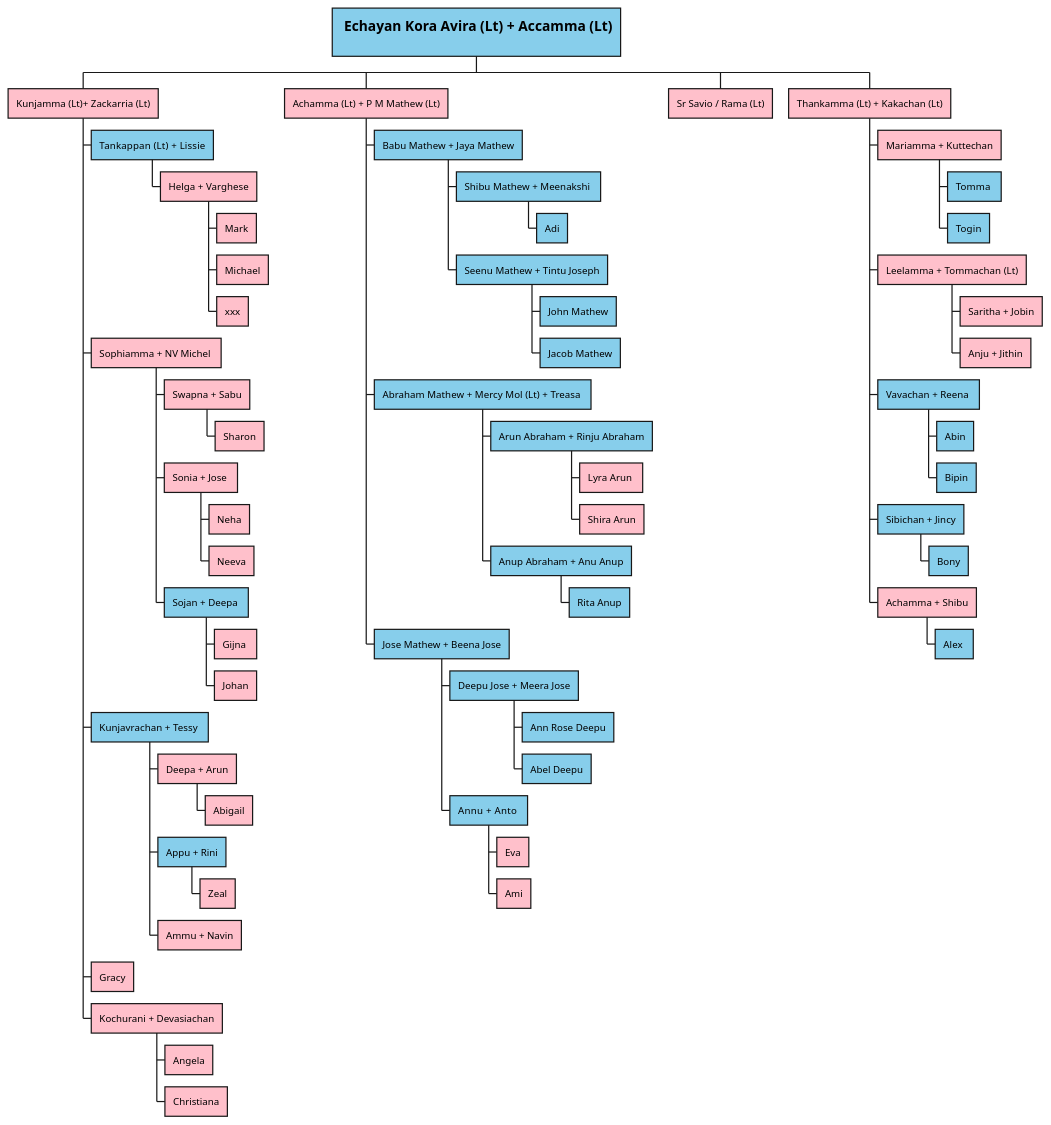
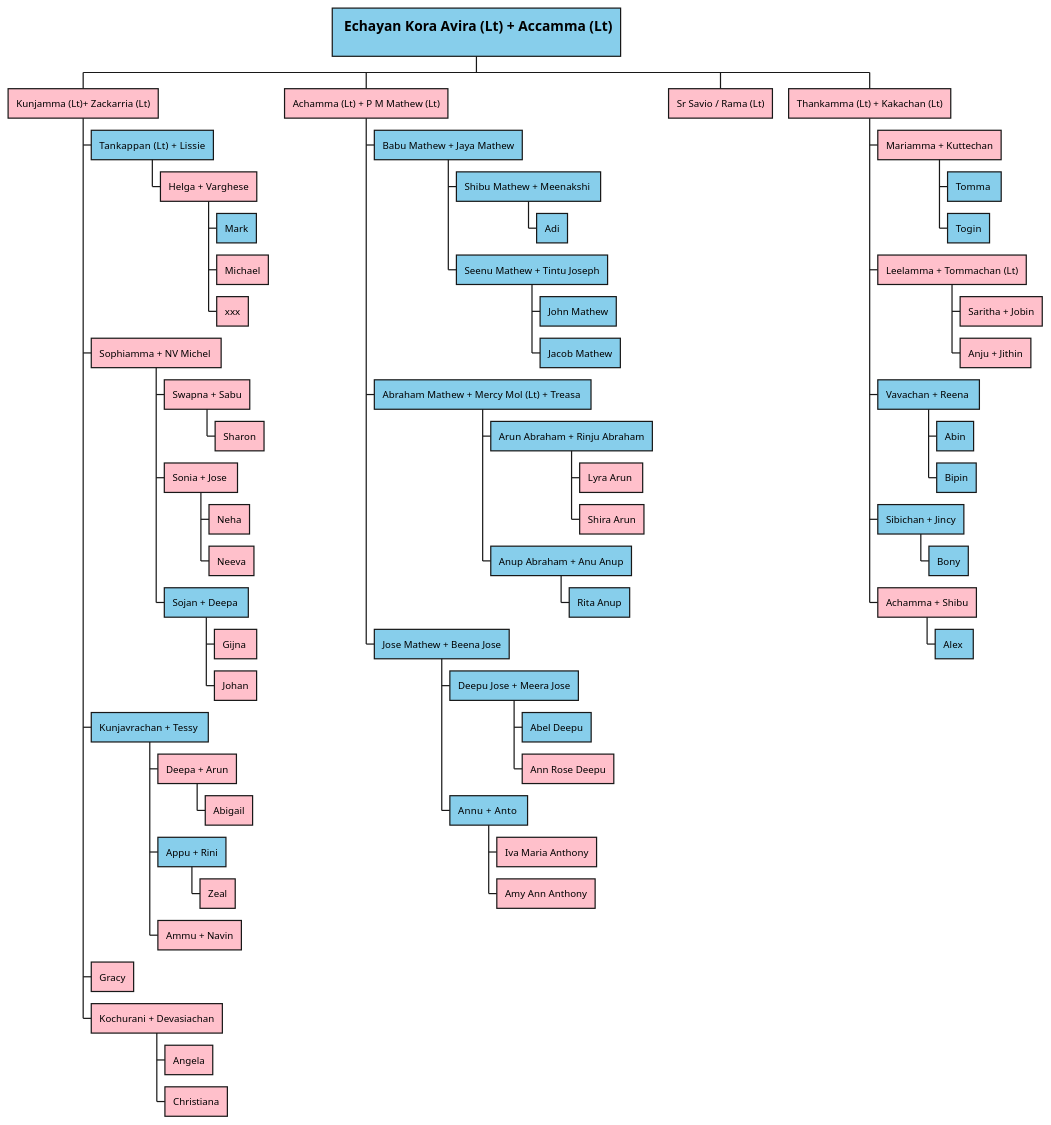
The diagram in Dad/Dad_Amma/Dad_Amma.puml (SeenuMathew/familyTree), drawn with PlantUML before and after one commit. The commit also changed 6 other files, not shown here.

```diff
--- a/Dad/Dad_Amma/Dad_Amma.puml
+++ b/Dad/Dad_Amma/Dad_Amma.puml
@@ -1,64 +1,67 @@
 @startwbs
 *[#SkyBlue]:== <size:15> Echayan Kora Avira (Lt) + Accamma (Lt)</size>
 ;
 **[#pink] Kunjamma (Lt)+ Zackarria (Lt)
 ***[#SkyBlue]  Tankappan  (Lt) + Lissie
 ****[#pink]  Helga + Varghese
-*****[#pink]  Mark
+*****[#SkyBlue]  Mark
 *****[#pink]  Michael
 *****[#pink]  xxx
 ***[#pink]  Sophiamma + NV Michel 
 ****[#pink]  Swapna + Sabu
 *****[#pink]  Sharon
 ****[#pink]  Sonia + Jose 
 *****[#pink]  Neha
 *****[#pink]  Neeva
 ****[#SkyBlue]  Sojan + Deepa 
 *****[#pink]  Gijna 
 *****[#pink]  Johan
 ***[#SkyBlue]  Kunjavrachan + Tessy 
 ****[#pink]  Deepa + Arun
 *****[#pink]  Abigail
 ****[#SkyBlue]  Appu + Rini
 *****[#pink]  Zeal
 ****[#pink]  Ammu + Navin
 ***[#pink]  Gracy
 ***[#pink]  Kochurani + Devasiachan
 ****[#pink]  Angela
 ****[#pink]  Christiana
+
 **[#pink]  Achamma (Lt) + P M Mathew (Lt)
 ***[#SkyBlue] Babu Mathew + Jaya Mathew
 ****[#SkyBlue] Shibu Mathew + Meenakshi 
 *****[#SkyBlue] Adi
 ****[#SkyBlue] Seenu Mathew + Tintu Joseph
 *****[#SkyBlue] John Mathew
 *****[#SkyBlue] Jacob Mathew
 ***[#SkyBlue] Abraham Mathew + Mercy Mol (Lt) + Treasa 
 ****[#SkyBlue] Arun Abraham + Rinju Abraham
 *****[#pink] Lyra Arun 
 *****[#pink] Shira Arun
 ****[#SkyBlue] Anup Abraham + Anu Anup
 *****[#SkyBlue] Rita Anup
 ***[#SkyBlue] Jose Mathew + Beena Jose
 ****[#SkyBlue] Deepu Jose + Meera Jose
-*****[#SkyBlue] Ann Rose Deepu
 *****[#SkyBlue] Abel Deepu
+*****[#pink] Ann Rose Deepu
 ****[#SkyBlue] Annu  + Anto 
-*****[#pink] Eva
-*****[#pink] Ami
+*****[#pink] Iva Maria Anthony
+*****[#pink] Amy Ann Anthony
+
 **[#pink] Sr Savio / Rama (Lt)
+
 **[#pink] Thankamma (Lt) + Kakachan (Lt)
 ***[#pink] Mariamma + Kuttechan
 ****[#SkyBlue] Tomma 
 ****[#SkyBlue] Togin
 ***[#pink] Leelamma + Tommachan (Lt)
 ****[#pink] Saritha + Jobin
 ****[#pink] Anju + Jithin
 ***[#SkyBlue] Vavachan + Reena 
 ****[#SkyBlue] Abin
 ****[#SkyBlue] Bipin
 ***[#SkyBlue] Sibichan + Jincy
 ****[#SkyBlue] Bony
 ***[#pink] Achamma + Shibu
 ****[#SkyBlue] Alex 
 @endwbs
```
